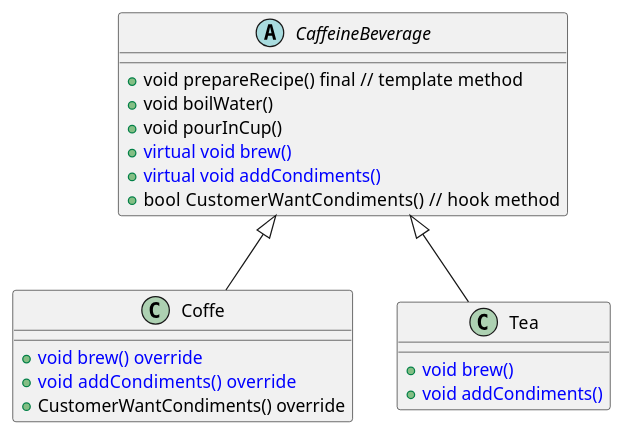
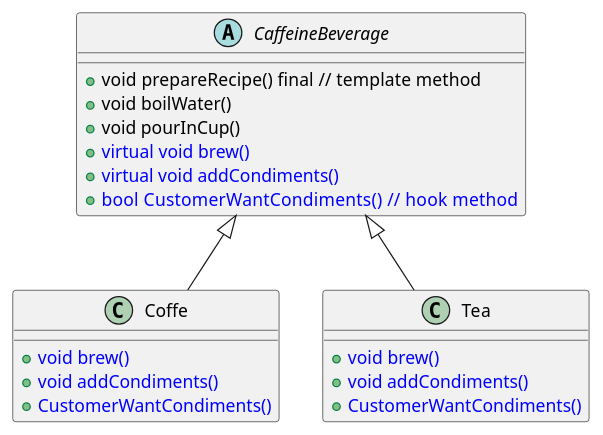
Before and after one commit to jwbecalm/Head-First-Design-Patterns-in-CPP: the diagram in ch08_TemplateMethod/plantuml/TemplateMethod_class.plantuml, drawn with PlantUML. The commit also changed 6 other files, not shown here.

```diff
--- a/ch08_TemplateMethod/plantuml/TemplateMethod_class.plantuml
+++ b/ch08_TemplateMethod/plantuml/TemplateMethod_class.plantuml
@@ -1,23 +1,24 @@
 @startuml Template Method Pattern
 abstract class CaffeineBeverage{
     + void prepareRecipe() final  // template method
     + void boilWater()
     + void pourInCup()
     + <color:blue>virtual void brew()   
     + <color:blue>virtual void addCondiments()  
-    + bool CustomerWantCondiments()   // hook method
+    + <color:blue>bool CustomerWantCondiments()   // hook method
 }
 ' brew: brew sth, to make a hot drink of tea or coffee
 
 class Coffe extends CaffeineBeverage{
-    + <color:blue>void brew() override
-    + <color:blue>void addCondiments()  override
-    + CustomerWantCondiments() override
+    + <color:blue>void brew() 
+    + <color:blue>void addCondiments()  
+    + <color:blue>CustomerWantCondiments() 
 }
 
 class Tea extends CaffeineBeverage{
-    + <color:blue>void brew()
-    + <color:blue>void addCondiments()
+    + <color:blue>void brew() 
+    + <color:blue>void addCondiments() 
+    + <color:blue>CustomerWantCondiments() 
 }
 
 @enduml
```
